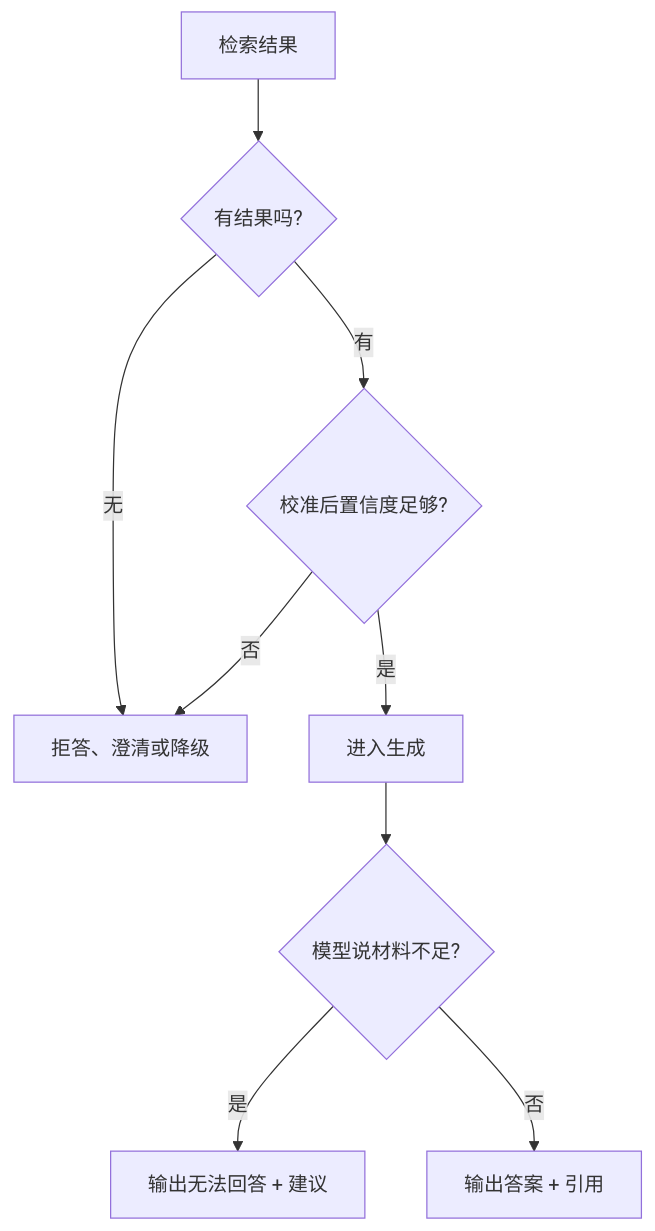
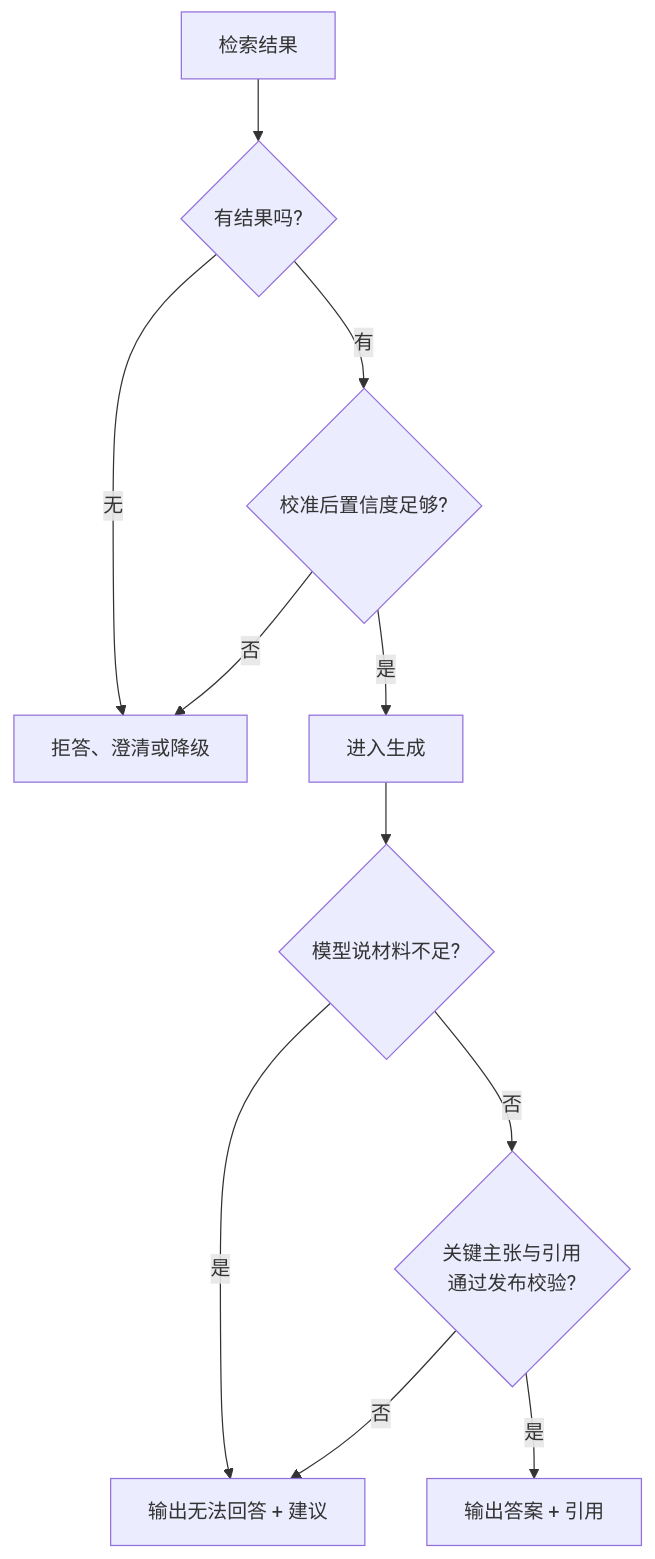
The second of 2 diagrams in docs/rag/05-generation-evaluation/17-generation-hallucination.md (oneleaveknowsthefall/awesome-ai-roadmap), drawn with Mermaid before and after one commit. The commit also changed other lines of this file and 24 other files, not shown here.

````diff
--- a/docs/rag/05-generation-evaluation/17-generation-hallucination.md
+++ b/docs/rag/05-generation-evaluation/17-generation-hallucination.md
@@ -54,11 +54,13 @@
 ```mermaid
 flowchart TB
     R[检索结果] --> C1{有结果吗?}
     C1 -->|无| REJ[拒答]
     C1 -->|有| C2{校准后置信度足够?}
     C2 -->|否| REJ[拒答、澄清或降级]
     C2 -->|是| GEN[进入生成]
     GEN --> C3{模型说材料不足?}
     C3 -->|是| REJ2[输出无法回答 + 建议]
-    C3 -->|否| OUT[输出答案 + 引用]
+    C3 -->|否| C4{关键主张与引用<br/>通过发布校验?}
+    C4 -->|是| OUT[输出答案 + 引用]
+    C4 -->|否| REJ2
 ```
````
